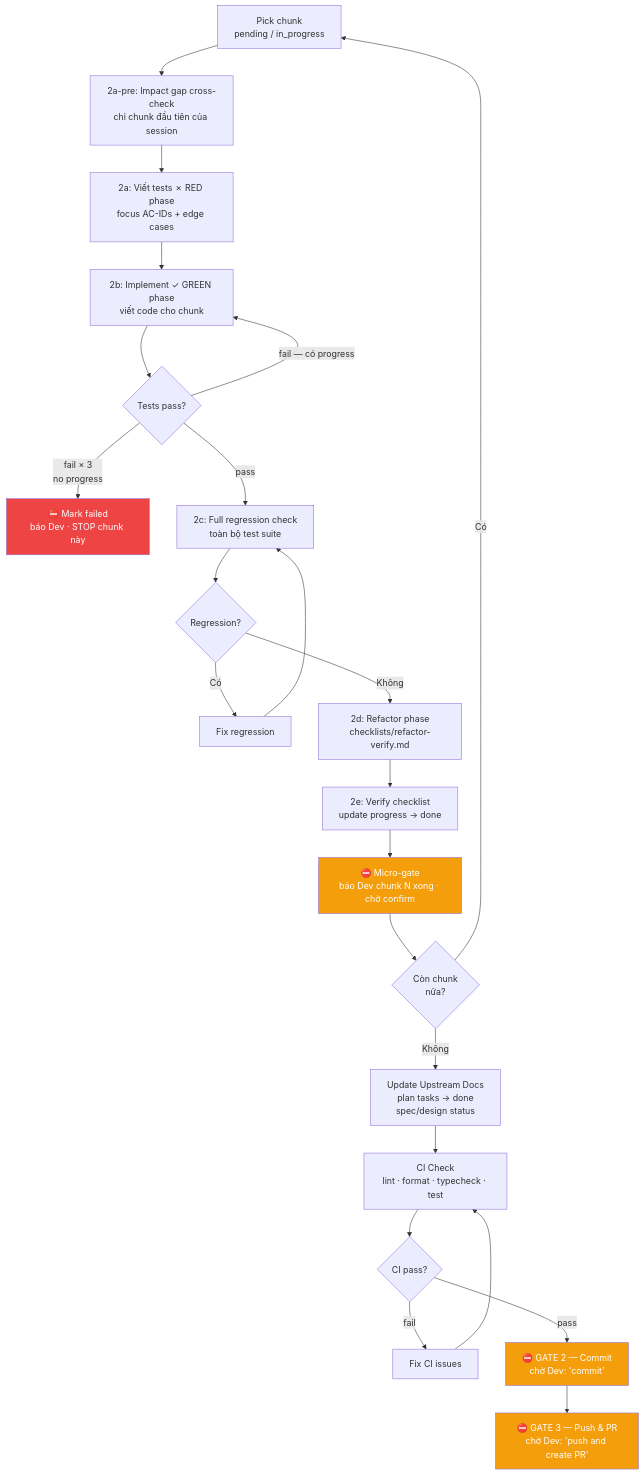
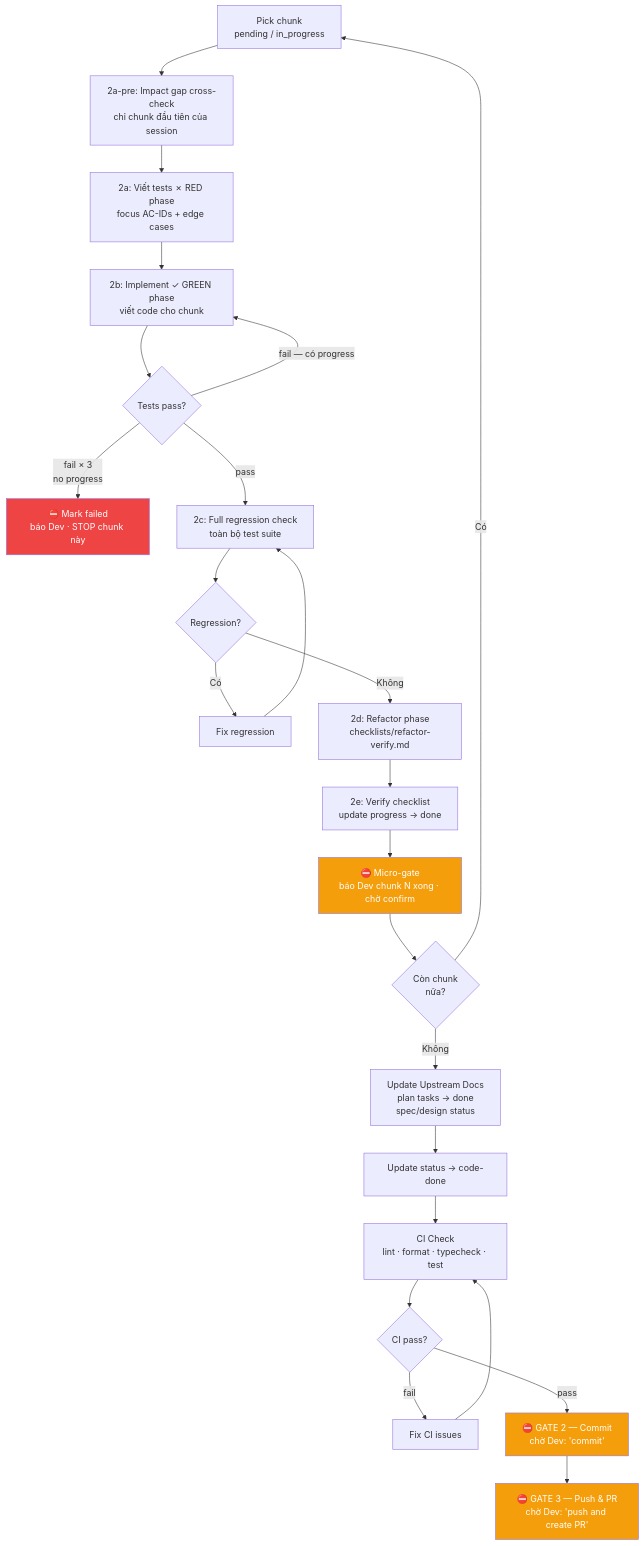
One commit to sub-22/subkontrol changed the second of 2 diagrams in skills/dev/SKILL.md. Above: the diagram before and after it, drawn with Mermaid. The commit also changed other lines of this file and 1 other file, not shown here.

Commit message:
[FK] Update dev skill for branch detect and status enum

````diff
--- a/skills/dev/SKILL.md
+++ b/skills/dev/SKILL.md
@@ -216,29 +232,30 @@
 ```mermaid
 flowchart TD
     Start["Pick chunk\npending / in_progress"] --> Pre["2a-pre: Impact gap cross-check\nchỉ chunk đầu tiên của session"]
     Pre --> Red["2a: Viết tests ✗ RED phase\nfocus AC-IDs + edge cases"]
     Red --> Green["2b: Implement ✓ GREEN phase\nviết code cho chunk"]
     Green --> R1{Tests pass?}
     R1 -->|fail — có progress| Green
     R1 -->|"fail × 3\nno progress"| Stuck["⛔ Mark failed\nbáo Dev · STOP chunk này"]
     R1 -->|pass| Reg["2c: Full regression check\ntoàn bộ test suite"]
     Reg --> R2{Regression?}
     R2 -->|Có| FixReg[Fix regression]
     FixReg --> Reg
     R2 -->|Không| Ref["2d: Refactor phase\nchecklists/refactor-verify.md"]
     Ref --> Ver["2e: Verify checklist\nupdate progress → done"]
     Ver --> MG["⛔ Micro-gate\nbáo Dev chunk N xong · chờ confirm"]
     MG --> More{Còn chunk\nnữa?}
     More -->|Có| Start
     More -->|Không| UpDoc["Update Upstream Docs\nplan tasks → done\nspec/design status"]
-    UpDoc --> CI["CI Check\nlint · format · typecheck · test"]
+    UpDoc --> CD["Update status → code-done"]
+    CD --> CI["CI Check\nlint · format · typecheck · test"]
     CI --> R3{CI pass?}
     R3 -->|fail| FixCI[Fix CI issues]
     FixCI --> CI
     R3 -->|pass| G2["⛔ GATE 2 — Commit\nchờ Dev: 'commit'"]
     G2 --> G3["⛔ GATE 3 — Push & PR\nchờ Dev: 'push and create PR'"]
     style Stuck fill:#ef4444,color:#fff
     style MG fill:#f59e0b,color:#fff
     style G2 fill:#f59e0b,color:#fff
     style G3 fill:#f59e0b,color:#fff
 ```
````
